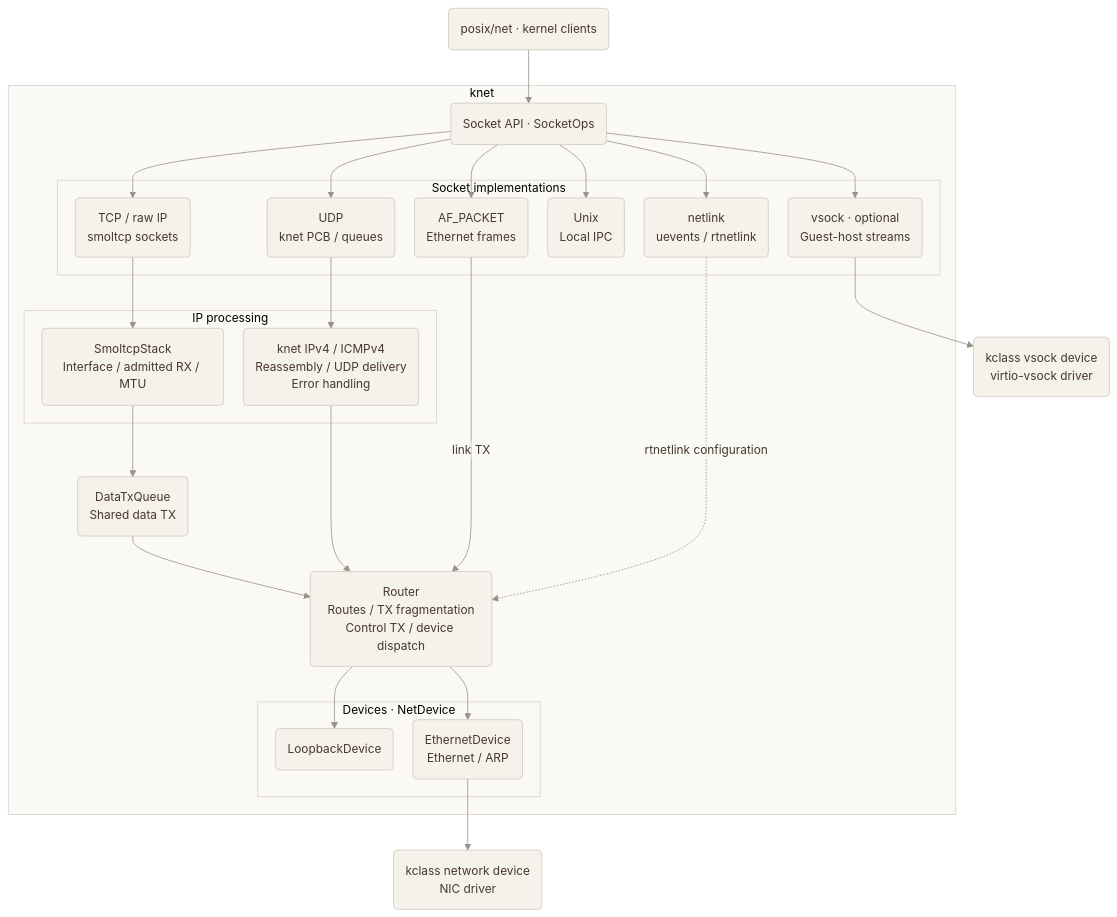
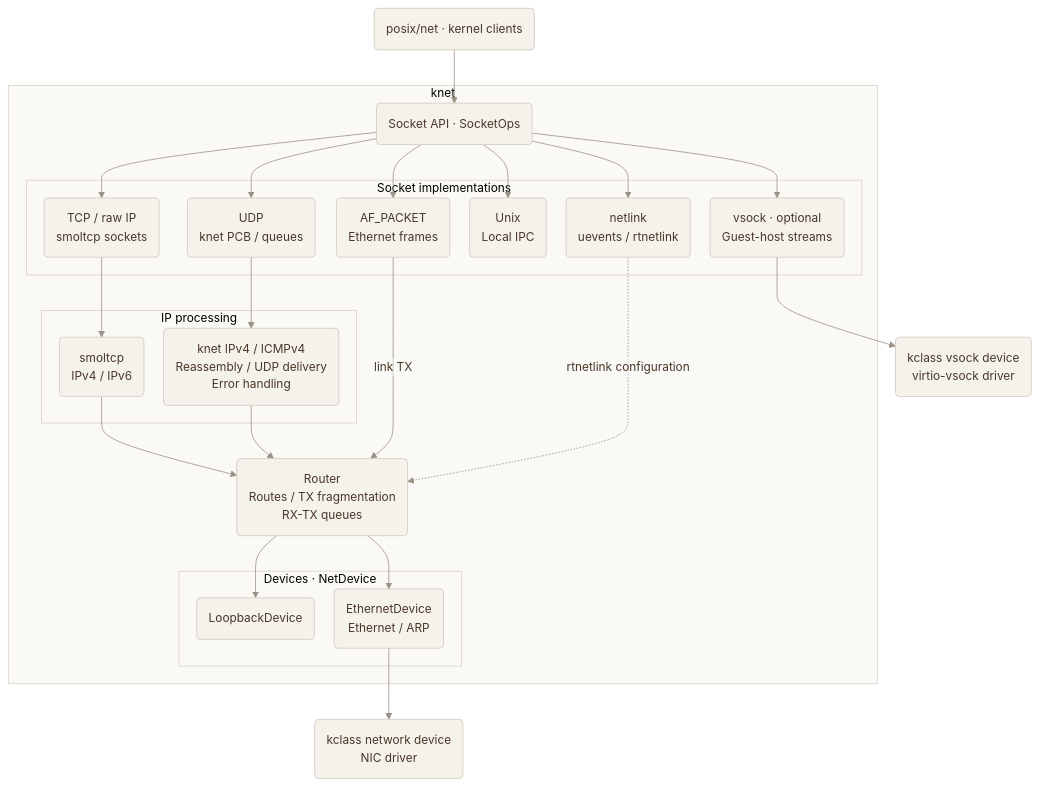
One commit to edidada/x-kernel changed the first of 5 diagrams in net/knet/docs/design.md. Above: the diagram before and after it, drawn with Mermaid. The commit also changed other lines of this file and 8 other files, not shown here.

Commit message:
refactor(knet): narrow queue extraction to shared data TX

```diff
--- a/net/knet/docs/design.md
+++ b/net/knet/docs/design.md
@@ -166,18 +165,16 @@
         end
 
         subgraph IP["IP processing"]
-            SMOL("SmoltcpStack
-Interface / admitted RX / MTU")
+            SMOL("smoltcp
+IPv4 / IPv6")
             IPV4("knet IPv4 / ICMPv4
 Reassembly / UDP delivery
 Error handling")
         end
 
-        QUEUES("DataTxQueue
-Shared data TX")
         ROUTER("Router
 Routes / TX fragmentation
-Control TX / device dispatch")
+RX-TX queues")
 
         subgraph DEVICE["Devices · NetDevice"]
             LOOP("LoopbackDevice")
@@ -195,7 +192,7 @@
     API --> TCP & UDP & PACKET & UNIX & NETLINK & VSOCK
     TCP --> SMOL
     UDP --> IPV4
-    SMOL --> QUEUES --> ROUTER
+    SMOL --> ROUTER
     IPV4 --> ROUTER
     PACKET -->|link TX| ROUTER
     NETLINK -.->|rtnetlink configuration| ROUTER
```
